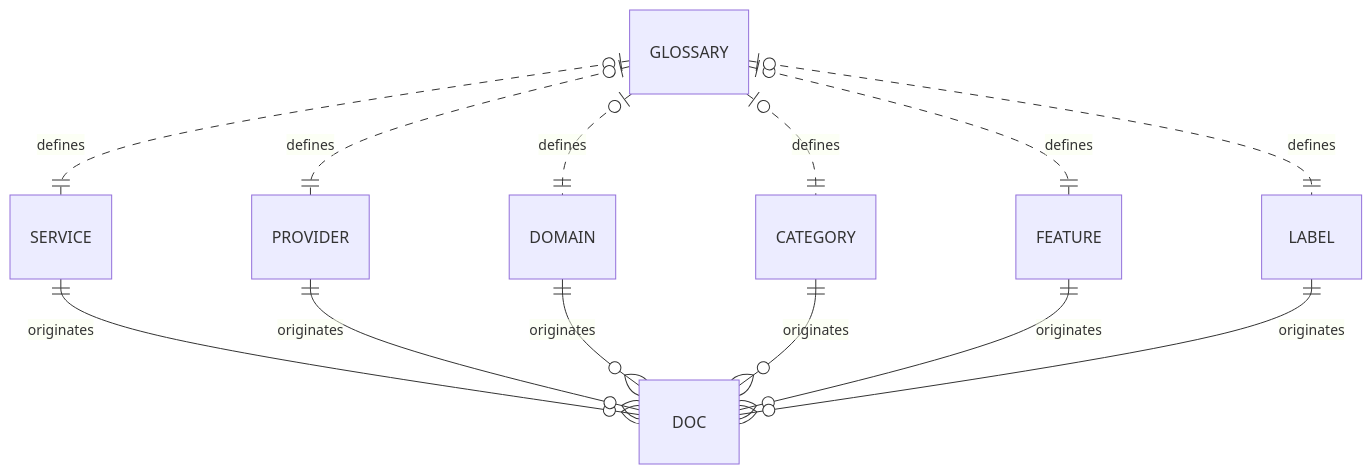
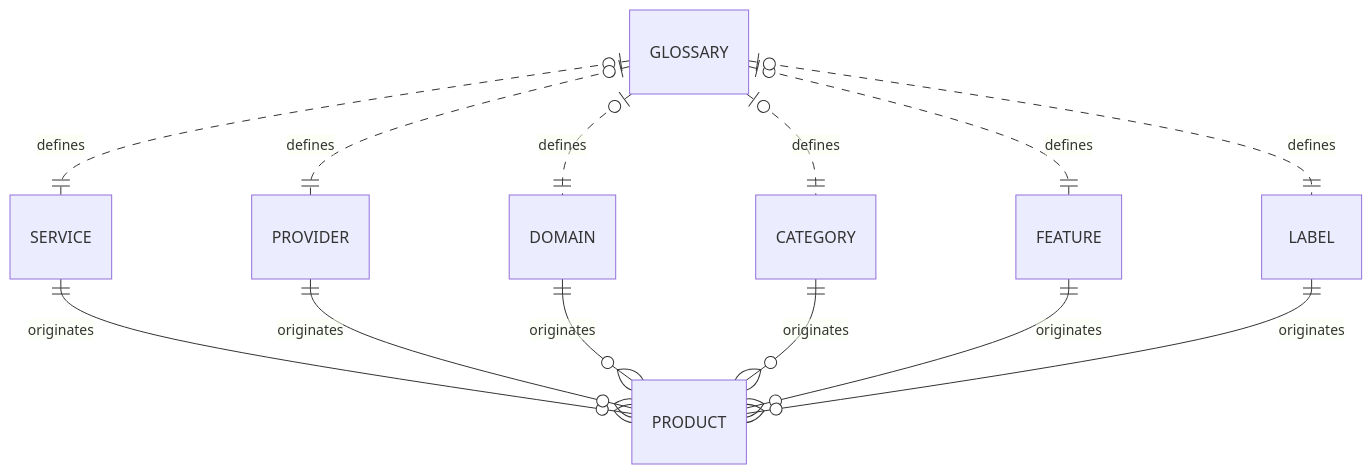
The first of 4 diagrams in en/pages/data-model.md (lexical-cloud/lexical-cloud-docs), drawn with Mermaid before and after one commit. The commit also changed other lines of this file and 289 other files, not shown here.

````diff
--- a/en/pages/data-model.md
+++ b/en/pages/data-model.md
@@ -23,15 +23,15 @@
 ```mermaid
 erDiagram
     GLOSSARY |o..|| SERVICE : defines
     GLOSSARY |o..|| PROVIDER : defines
     GLOSSARY |o..|| DOMAIN : defines
     GLOSSARY |o..|| CATEGORY : defines
     GLOSSARY |o..|| FEATURE : defines
     GLOSSARY |o..|| LABEL : defines
-    SERVICE ||--o{ DOC : originates
-    PROVIDER ||--o{ DOC : originates
-    DOMAIN ||--o{ DOC : originates
-    CATEGORY ||--o{ DOC : originates
-    FEATURE ||--o{ DOC : originates
-    LABEL ||--o{ DOC : originates
+    SERVICE ||--o{ PRODUCT : originates
+    PROVIDER ||--o{ PRODUCT : originates
+    DOMAIN ||--o{ PRODUCT : originates
+    CATEGORY ||--o{ PRODUCT : originates
+    FEATURE ||--o{ PRODUCT : originates
+    LABEL ||--o{ PRODUCT : originates
 ```
````
